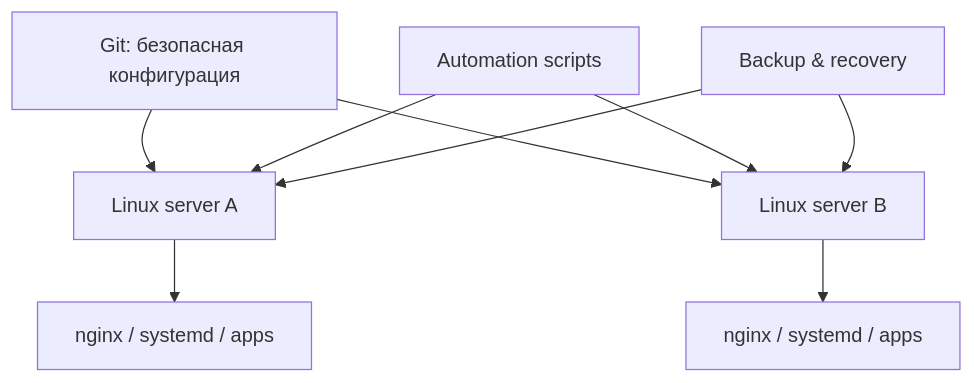
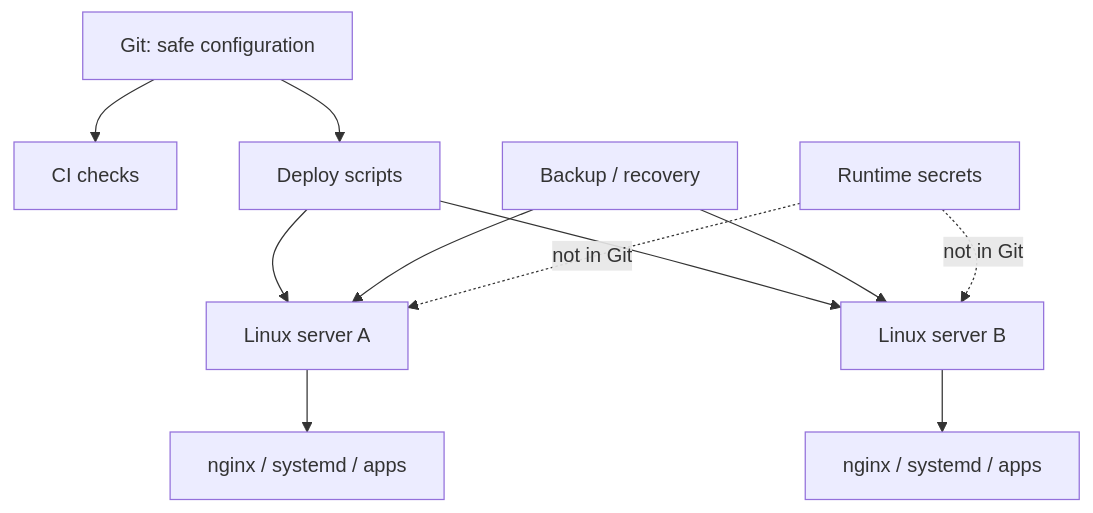
The first of 2 diagrams in docs/boberchik-infrastructure.md (AndrMiAl/engineering-portfolio), drawn with Mermaid before and after one commit. The commit also changed other lines of this file and 33 other files, not shown here.

Commit message:
Расширить кейсы схемами и примерами кода

````diff
--- a/docs/boberchik-infrastructure.md
+++ b/docs/boberchik-infrastructure.md
@@ -19,11 +25,13 @@
 ```mermaid
 flowchart TD
-    G[Git: безопасная конфигурация] --> S1[Linux server A]
-    G --> S2[Linux server B]
-    A[Automation scripts] --> S1
-    A --> S2
-    S1 --> R1[nginx / systemd / apps]
-    S2 --> R2[nginx / systemd / apps]
-    B[Backup & recovery] --> S1
-    B --> S2
+    G[Git: safe configuration] --> CI[CI checks]
+    G --> DEPLOY[Deploy scripts]
+    DEPLOY --> S1[Linux server A]
+    DEPLOY --> S2[Linux server B]
+    S1 --> N1[nginx / systemd / apps]
+    S2 --> N2[nginx / systemd / apps]
+    BACKUP[Backup / recovery] --> S1
+    BACKUP --> S2
+    SECRET[Runtime secrets] -. not in Git .-> S1
+    SECRET -. not in Git .-> S2
 ```
````
